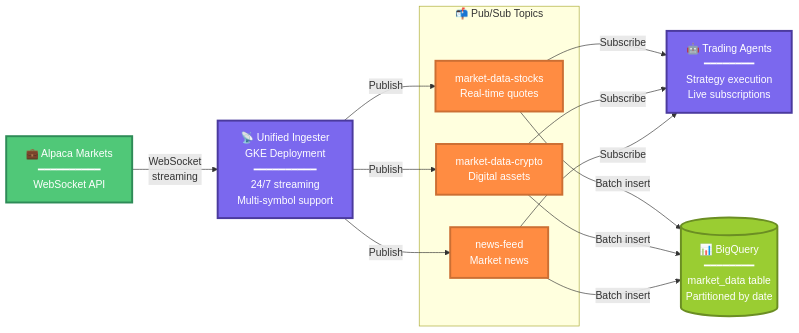
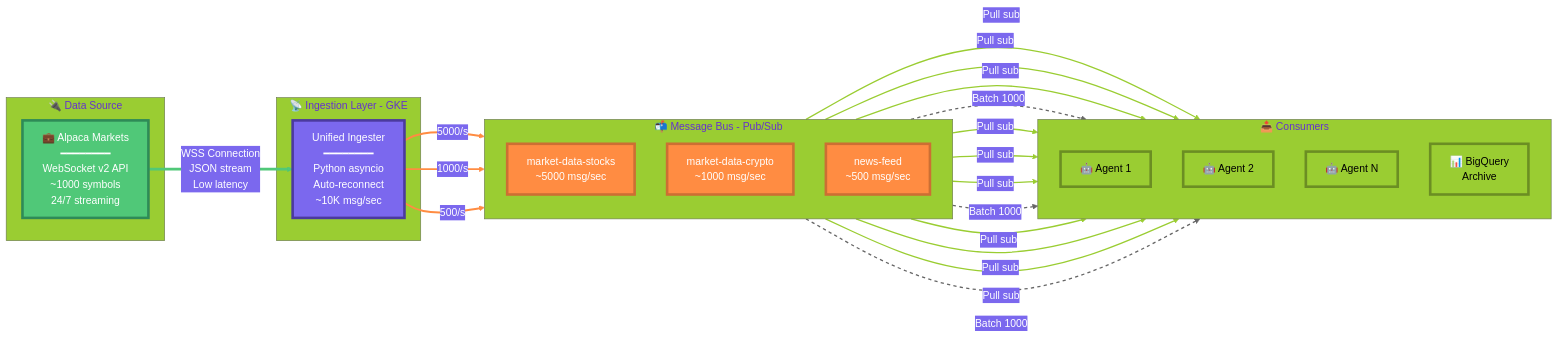
Before and after one commit to Spooky-Labs/The-Farm-Mark-II: the fifth of 7 diagrams in README.md, drawn with Mermaid. The commit also changed other lines of this file, not shown here.

````diff
--- a/README.md
+++ b/README.md
@@ -104,40 +313,68 @@
 ```mermaid
-flowchart LR
-    alpaca["💼 Alpaca Markets<br/>━━━━━━━━━━<br/>WebSocket API"]
-
-    ingester["📡 Unified Ingester<br/>GKE Deployment<br/>━━━━━━━━━━<br/>24/7 streaming<br/>Multi-symbol support"]
-
-    subgraph pubsub["📬 Pub/Sub Topics"]
-        stocks["market-data-stocks<br/>Real-time quotes"]
-        crypto["market-data-crypto<br/>Digital assets"]
-        news["news-feed<br/>Market news"]
+%%{init: {'theme':'base', 'themeVariables': { 'primaryColor':'#50C878','primaryTextColor':'#fff','primaryBorderColor':'#2E8B57','lineColor':'#FF8C42','secondaryColor':'#7B68EE','tertiaryColor':'#9ACD32'}}}%%
+graph LR
+    subgraph source["🔌 Data Source"]
+        alpaca["💼 Alpaca Markets<br/>━━━━━━━━<br/>WebSocket v2 API<br/>~1000 symbols<br/>24/7 streaming"]
     end
 
-    bq[("📊 BigQuery<br/>━━━━━━━━<br/>market_data table<br/>Partitioned by date")]
+    subgraph ingestion["📡 Ingestion Layer - GKE"]
+        ingester["Unified Ingester<br/>━━━━━━━━<br/>Python asyncio<br/>Auto-reconnect<br/>~10K msg/sec"]
+    end
 
-    traders["🤖 Trading Agents<br/>━━━━━━━━<br/>Strategy execution<br/>Live subscriptions"]
+    subgraph messaging["📬 Message Bus - Pub/Sub"]
+        direction TB
+        stocks["market-data-stocks<br/>~5000 msg/sec"]
+        crypto["market-data-crypto<br/>~1000 msg/sec"]
+        news["news-feed<br/>~500 msg/sec"]
+    end
 
-    alpaca -->|"WebSocket<br/>streaming"| ingester
-    ingester -->|"Publish"| stocks
-    ingester -->|"Publish"| crypto
-    ingester -->|"Publish"| news
+    subgraph consumers["📤 Consumers"]
+        direction TB
+        trader1["🤖 Agent 1"]
+        trader2["🤖 Agent 2"]
+        traderN["🤖 Agent N"]
+        bq["📊 BigQuery<br/>Archive"]
+    end
 
-    stocks -->|"Subscribe"| traders
-    crypto -->|"Subscribe"| traders
-    news -->|"Subscribe"| traders
+    alpaca ==>|"WSS Connection<br/>JSON stream<br/>Low latency"| ingester
 
-    stocks -->|"Batch insert"| bq
-    crypto -->|"Batch insert"| bq
-    news -->|"Batch insert"| bq
+    ingester ==>|"5000/s"| stocks
+    ingester ==>|"1000/s"| crypto
+    ingester ==>|"500/s"| news
 
-    classDef externalStyle fill:#50C878,stroke:#2E8B57,stroke-width:3px,color:#fff
-    classDef computeStyle fill:#7B68EE,stroke:#4B3A9E,stroke-width:3px,color:#fff
-    classDef pubsubStyle fill:#FF8C42,stroke:#CC6F33,stroke-width:3px,color:#fff
-    classDef dataStyle fill:#9ACD32,stroke:#6B8E23,stroke-width:3px,color:#fff
+    stocks ==>|"Pull sub"| trader1
+    stocks ==>|"Pull sub"| trader2
+    stocks ==>|"Pull sub"| traderN
+    stocks -.->|"Batch 1000"| bq
 
-    class alpaca externalStyle
-    class ingester computeStyle
+    crypto ==>|"Pull sub"| trader1
+    crypto ==>|"Pull sub"| trader2
+    crypto ==>|"Pull sub"| traderN
+    crypto -.->|"Batch 1000"| bq
+
+    news ==>|"Pull sub"| trader1
+    news ==>|"Pull sub"| trader2
+    news ==>|"Pull sub"| traderN
+    news -.->|"Batch 1000"| bq
+
+    classDef sourceStyle fill:#50C878,stroke:#2E8B57,stroke-width:4px,color:#fff
+    classDef ingestStyle fill:#7B68EE,stroke:#4B3A9E,stroke-width:4px,color:#fff
+    classDef pubsubStyle fill:#FF8C42,stroke:#CC6F33,stroke-width:4px,color:#fff
+    classDef consumerStyle fill:#9ACD32,stroke:#6B8E23,stroke-width:4px,color:#000
+
+    class alpaca sourceStyle
+    class ingester ingestStyle
     class stocks,crypto,news pubsubStyle
-    class bq dataStyle
-    class traders computeStyle
+    class trader1,trader2,traderN,bq consumerStyle
+
+    linkStyle 0 stroke:#50C878,stroke-width:4px
+    linkStyle 1 stroke:#FF8C42,stroke-width:3px
+    linkStyle 2 stroke:#FF8C42,stroke-width:3px
+    linkStyle 3 stroke:#FF8C42,stroke-width:3px
+    linkStyle 4,5,6 stroke:#9ACD32,stroke-width:2px
+    linkStyle 7 stroke:#666,stroke-width:2px,stroke-dasharray: 5
+    linkStyle 8,9,10 stroke:#9ACD32,stroke-width:2px
+    linkStyle 11 stroke:#666,stroke-width:2px,stroke-dasharray: 5
+    linkStyle 12,13,14 stroke:#9ACD32,stroke-width:2px
+    linkStyle 15 stroke:#666,stroke-width:2px,stroke-dasharray: 5
 ```
````
